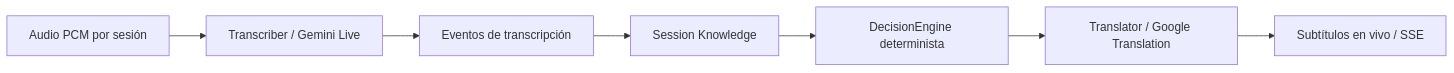
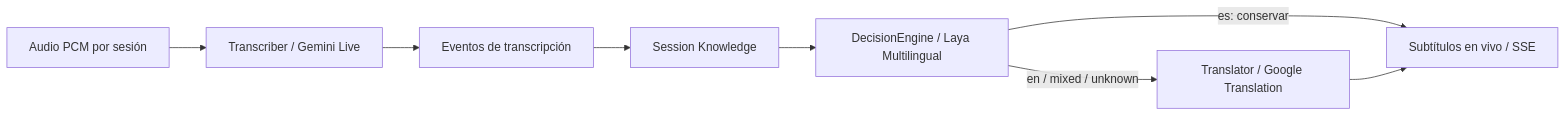
The diagram in README.md (munhof/sintonizados), drawn with Mermaid before and after one commit. The commit also changed other lines of this file and 38 other files, not shown here.

Commit message:
feat: integrate official Laya multilingual decisions

````diff
--- a/README.md
+++ b/README.md
@@ -11,9 +11,10 @@
 ```mermaid
 flowchart LR
   A[Audio PCM por sesión] --> B[Transcriber / Gemini Live]
   B --> C[Eventos de transcripción]
   C --> K[Session Knowledge]
-  K --> D[DecisionEngine determinista]
-  D --> E[Translator / Google Translation]
+  K --> D[DecisionEngine / Laya Multilingual]
+  D -->|en / mixed / unknown| E[Translator / Google Translation]
+  D -->|es: conservar| F
   E --> F[Subtítulos en vivo / SSE]
 ```
````
